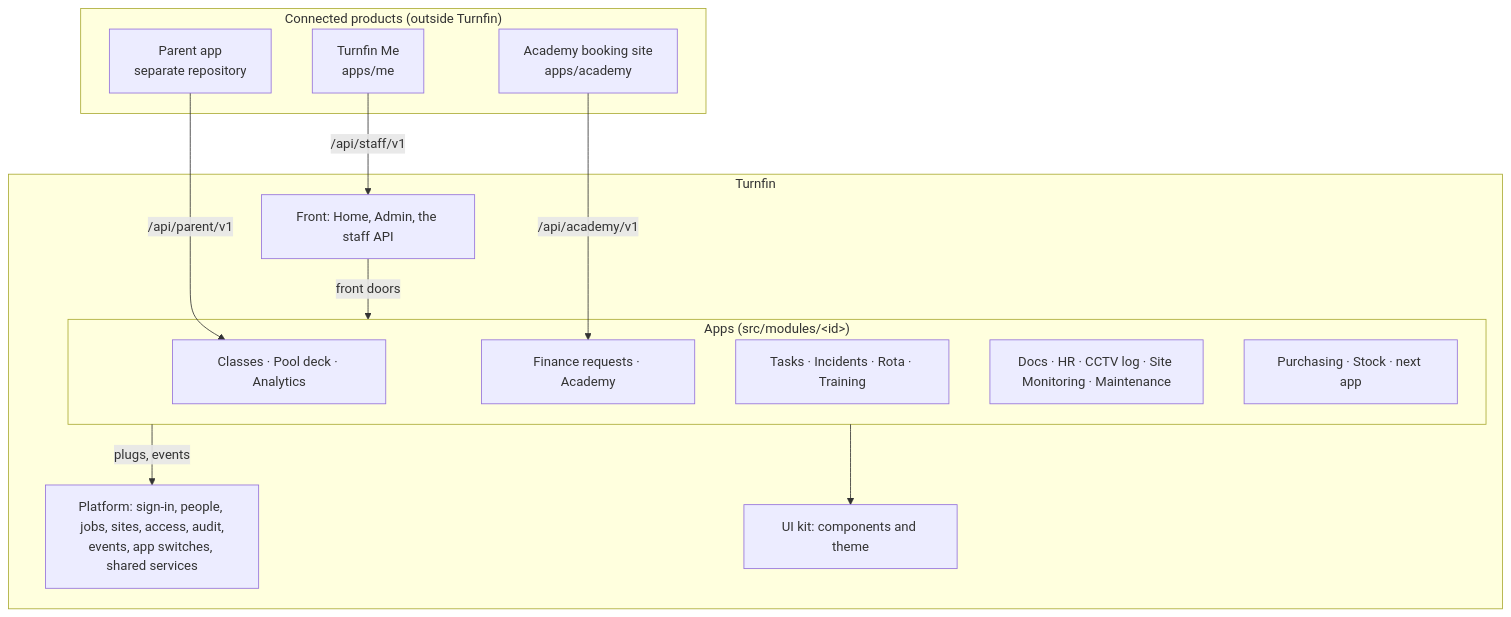
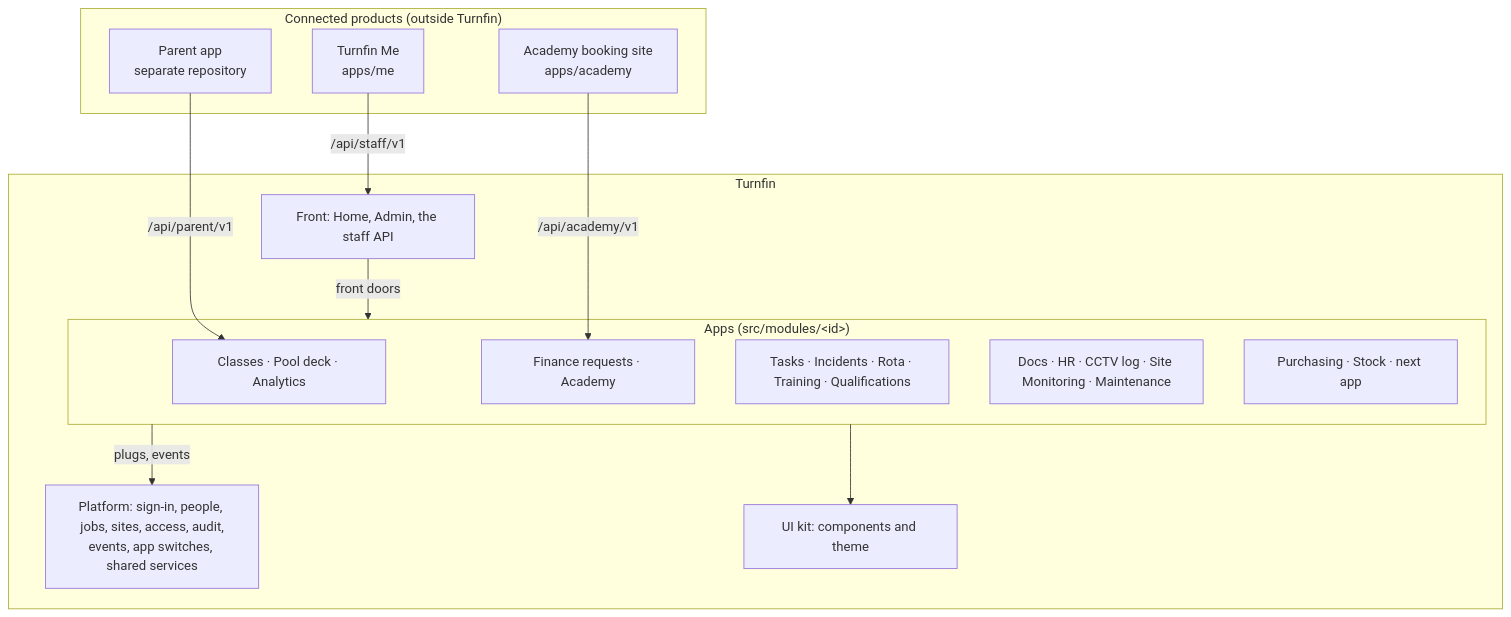
The diagram in docs/architecture.md (Nandui/Swimly), drawn with Mermaid before and after one commit. The commit also changed other lines of this file and 99 other files, not shown here.

First line of the commit message:
Qualifications, its own app; Training stops tracking them (D26, step 9.1)

````diff
--- a/docs/architecture.md
+++ b/docs/architecture.md
@@ -13,26 +13,26 @@
 ```mermaid
 flowchart TB
   subgraph Connected["Connected products (outside Turnfin)"]
     me["Turnfin Me<br/>apps/me"]
     parent["Parent app<br/>separate repository"]
     academy["Academy booking site<br/>apps/academy"]
   end
   subgraph Turnfin
     front["Front: Home, Admin, the staff API"]
     subgraph Apps["Apps (src/modules/&lt;id&gt;)"]
       a1["Classes · Pool deck · Analytics"]
       a2["Finance requests · Academy"]
-      a3["Tasks · Incidents · Rota · Training"]
+      a3["Tasks · Incidents · Rota · Training · Qualifications"]
       a4["Docs · HR · CCTV log · Site Monitoring · Maintenance"]
       a5["Purchasing · Stock · next app"]
     end
     platform["Platform: sign-in, people, jobs, sites, access, audit,<br/>events, app switches, shared services"]
     kit["UI kit: components and theme"]
   end
   me -->|/api/staff/v1| front
   parent -->|/api/parent/v1| a1
   academy -->|/api/academy/v1| a2
   front -->|front doors| Apps
   Apps -->|plugs, events| platform
   Apps --> kit
 ```
````
